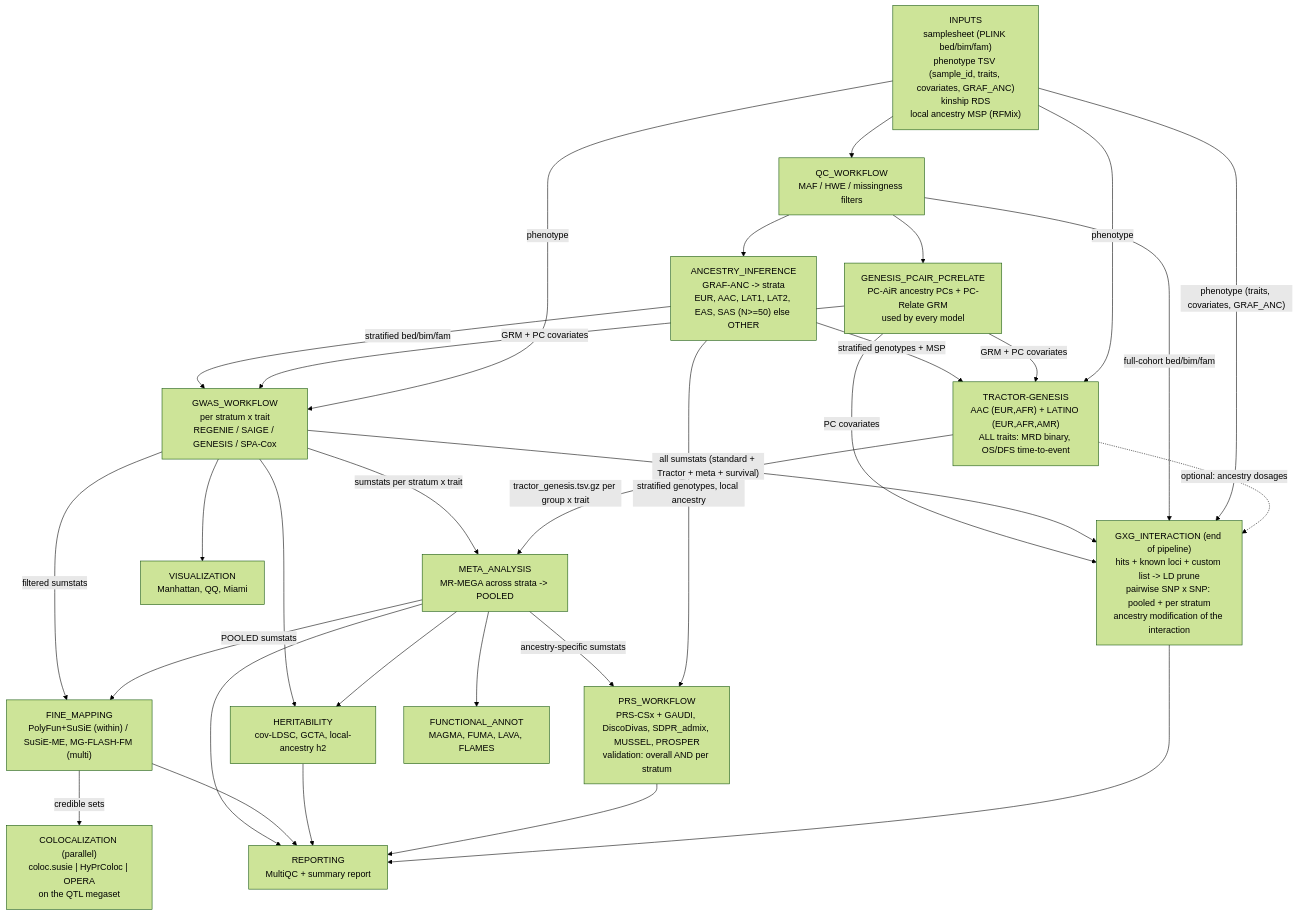
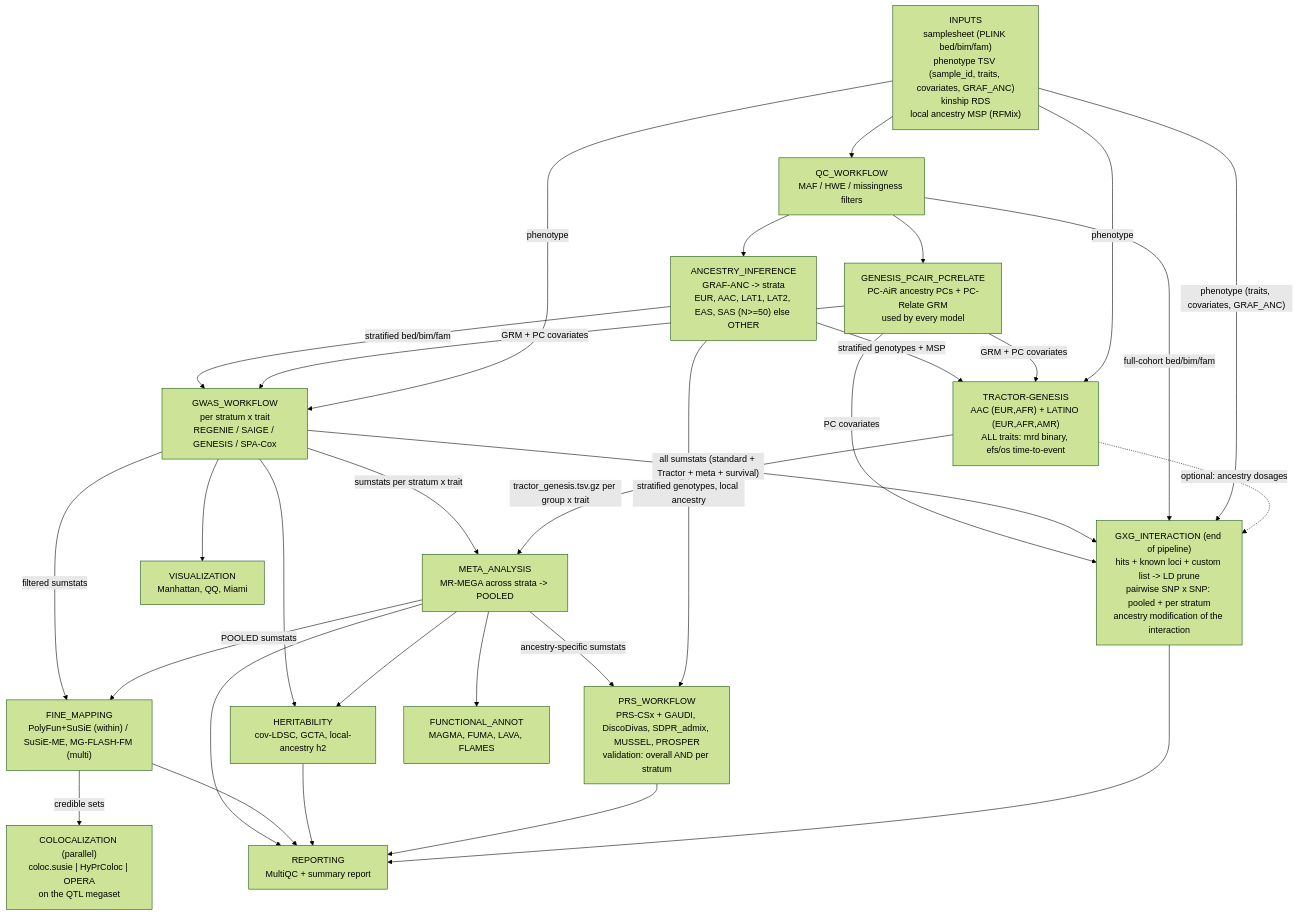
The first of 4 diagrams in docs/WORKFLOW.md (chrisrob3312/Nextflow_GWAS_pipeline), drawn with Mermaid (forest theme) before and after one commit. The commit also changed other lines of this file and 12 other files, not shown here.

````diff
--- a/docs/WORKFLOW.md
+++ b/docs/WORKFLOW.md
@@ -33,48 +33,48 @@
 ```mermaid
 flowchart TD
     IN["INPUTS<br/>samplesheet (PLINK bed/bim/fam)<br/>phenotype TSV (sample_id, traits, covariates, GRAF_ANC)<br/>kinship RDS<br/>local ancestry MSP (RFMix)"]
     QC["QC_WORKFLOW<br/>MAF / HWE / missingness filters"]
     ANC["ANCESTRY_INFERENCE<br/>GRAF-ANC -> strata<br/>EUR, AAC, LAT1, LAT2, EAS, SAS (N>=50) else OTHER"]
     GWAS["GWAS_WORKFLOW<br/>per stratum x trait<br/>REGENIE / SAIGE / GENESIS / SPA-Cox"]
-    TR["TRACTOR-GENESIS<br/>AAC (EUR,AFR) + LATINO (EUR,AFR,AMR)<br/>ALL traits: MRD binary, OS/DFS time-to-event"]
+    TR["TRACTOR-GENESIS<br/>AAC (EUR,AFR) + LATINO (EUR,AFR,AMR)<br/>ALL traits: mrd binary, efs/os time-to-event"]
     META["META_ANALYSIS<br/>MR-MEGA across strata -> POOLED"]
     VIS["VISUALIZATION<br/>Manhattan, QQ, Miami"]
     FM["FINE_MAPPING<br/>PolyFun+SuSiE (within) / SuSiE-ME, MG-FLASH-FM (multi)"]
     COLOC["COLOCALIZATION (parallel)<br/>coloc.susie | HyPrColoc | OPERA<br/>on the QTL megaset"]
     H2["HERITABILITY<br/>cov-LDSC, GCTA, local-ancestry h2"]
     PRS["PRS_WORKFLOW<br/>PRS-CSx + GAUDI, DiscoDivas, SDPR_admix, MUSSEL, PROSPER<br/>validation: overall AND per stratum"]
     FUNC["FUNCTIONAL_ANNOT<br/>MAGMA, FUMA, LAVA, FLAMES"]
     GXG["GXG_INTERACTION (end of pipeline)<br/>hits + known loci + custom list -> LD prune<br/>pairwise SNP x SNP: pooled + per stratum<br/>ancestry modification of the interaction"]
     REP["REPORTING<br/>MultiQC + summary report"]
 
     PCA["GENESIS_PCAIR_PCRELATE<br/>PC-AiR ancestry PCs + PC-Relate GRM<br/>used by every model"]
     IN --> QC --> ANC
     QC --> PCA
     ANC -->|"stratified bed/bim/fam"| GWAS
     ANC -->|"stratified genotypes + MSP"| TR
     PCA -->|"GRM + PC covariates"| GWAS
     PCA -->|"GRM + PC covariates"| TR
     PCA -->|"PC covariates"| GXG
     IN -->|"phenotype"| GWAS
     IN -->|"phenotype"| TR
     GWAS -->|"sumstats per stratum x trait"| META
     TR -->|"tractor_genesis.tsv.gz per group x trait"| META
     GWAS --> VIS
     GWAS -->|"filtered sumstats"| FM
     META -->|"POOLED sumstats"| FM
     FM -->|"credible sets"| COLOC
     GWAS --> H2
     META --> H2
     META -->|"ancestry-specific sumstats"| PRS
     ANC -->|"stratified genotypes, local ancestry"| PRS
     META --> FUNC
     GWAS -->|"all sumstats (standard + Tractor + meta + survival)"| GXG
     QC -->|"full-cohort bed/bim/fam"| GXG
     IN -->|"phenotype (traits, covariates, GRAF_ANC)"| GXG
     TR -.->|"optional: ancestry dosages"| GXG
     META --> REP
     FM --> REP
     H2 --> REP
     PRS --> REP
     GXG --> REP
 ```
````
